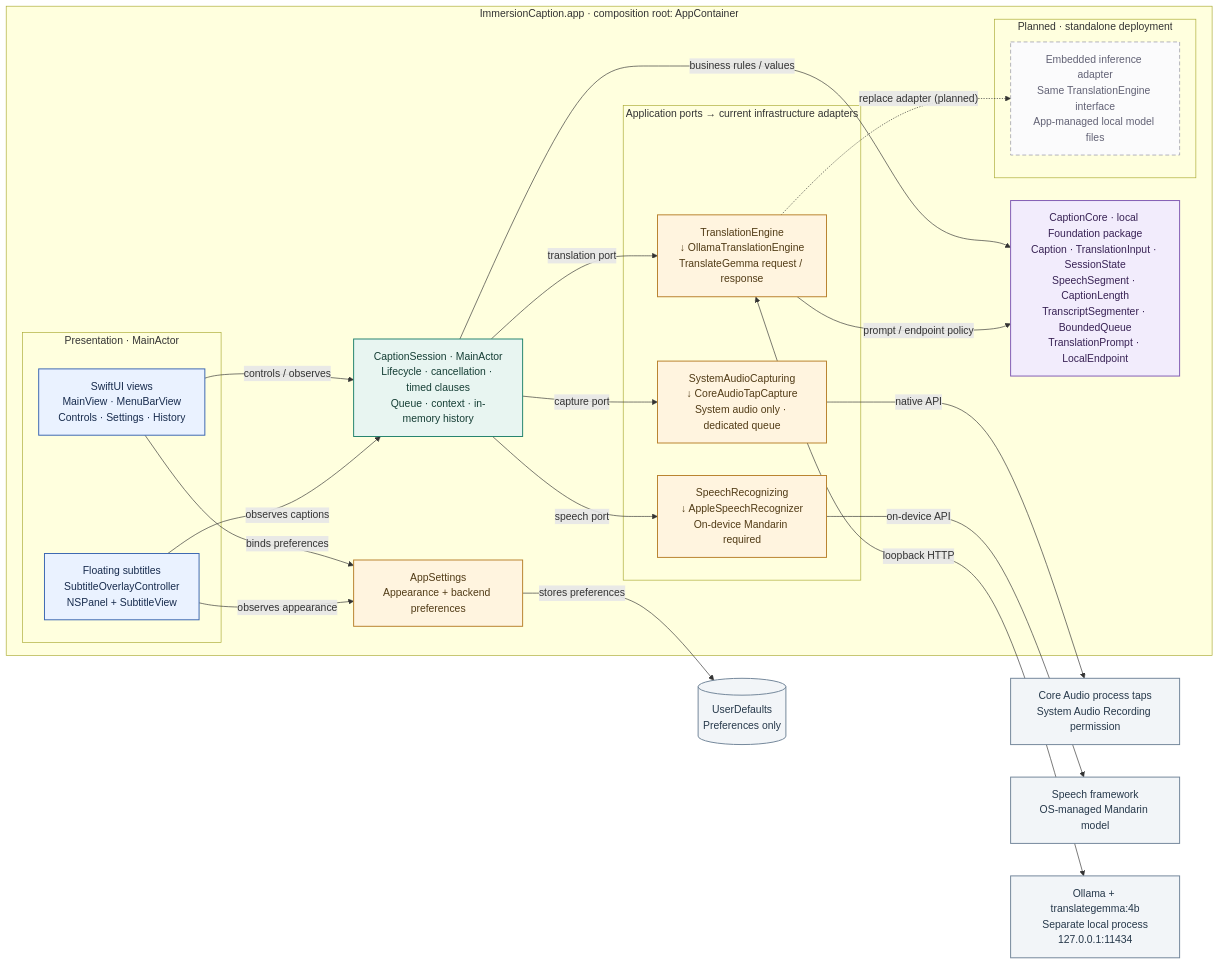
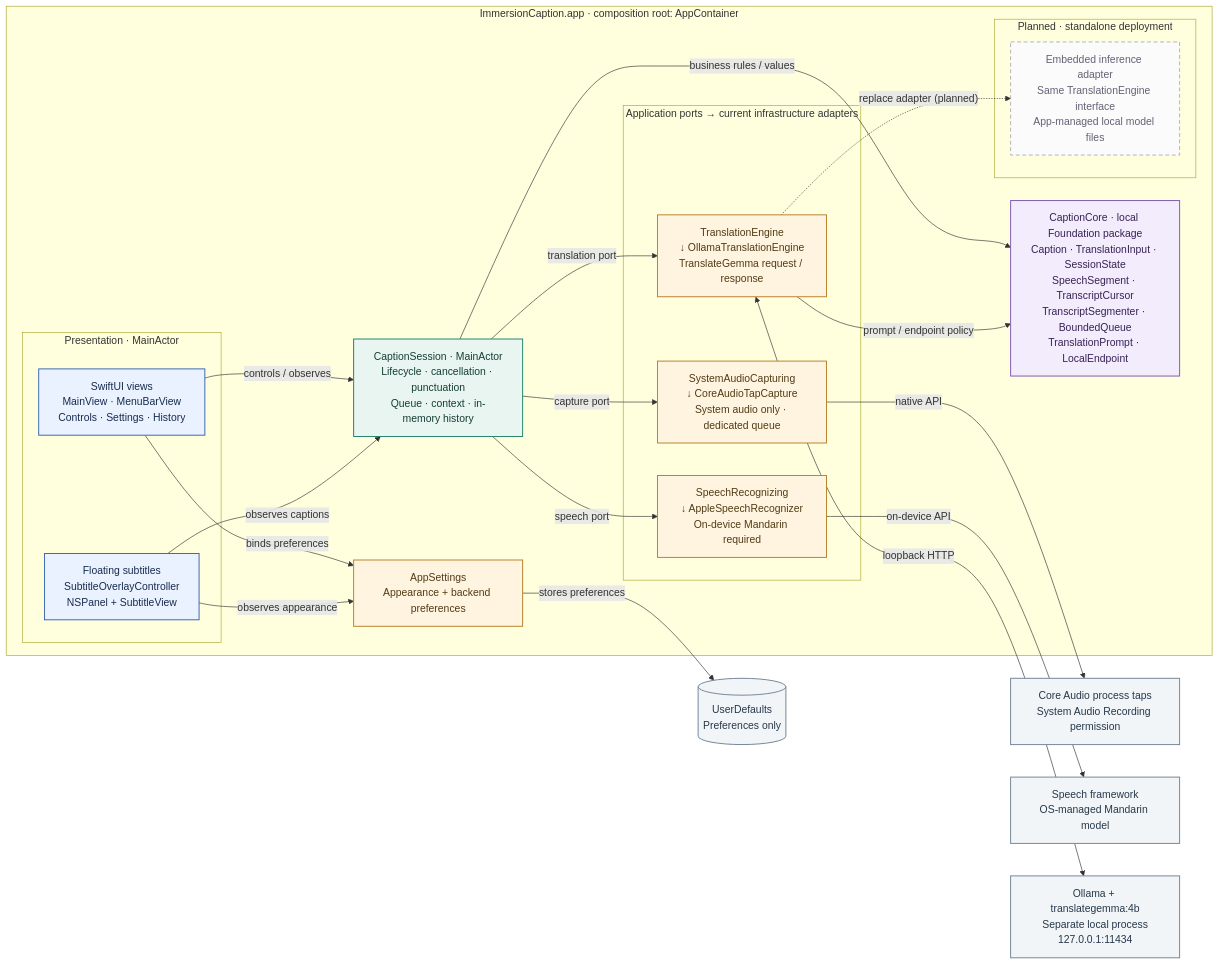
Before and after one commit to mattt-s/ImmersionCaption: the diagram in docs/diagrams/architecture.mmd, drawn with Mermaid. The commit also changed 21 other files, not shown here.

```diff
--- a/docs/diagrams/architecture.mmd
+++ b/docs/diagrams/architecture.mmd
@@ -1,57 +1,57 @@
 flowchart LR
     accTitle: ImmersionCaption component architecture
     accDescr: AppContainer assembles native presentation, a caption session, domain policies, and replaceable local providers. Current adapters connect to macOS frameworks and local Ollama. Embedded inference and direct model management are planned.
 
     subgraph App["ImmersionCaption.app · composition root: AppContainer"]
         subgraph Presentation["Presentation · MainActor"]
             Views["SwiftUI views<br/>MainView · MenuBarView<br/>Controls · Settings · History"]
             Overlay["Floating subtitles<br/>SubtitleOverlayController<br/>NSPanel + SubtitleView"]
         end
 
-        Session["CaptionSession · MainActor<br/>Lifecycle · cancellation · timed clauses<br/>Queue · context · in-memory history"]
+        Session["CaptionSession · MainActor<br/>Lifecycle · cancellation · punctuation<br/>Queue · context · in-memory history"]
         Settings["AppSettings<br/>Appearance + backend preferences"]
-        Core["CaptionCore · local Foundation package<br/>Caption · TranslationInput · SessionState<br/>SpeechSegment · CaptionLength<br/>TranscriptSegmenter · BoundedQueue<br/>TranslationPrompt · LocalEndpoint"]
+        Core["CaptionCore · local Foundation package<br/>Caption · TranslationInput · SessionState<br/>SpeechSegment · TranscriptCursor<br/>TranscriptSegmenter · BoundedQueue<br/>TranslationPrompt · LocalEndpoint"]
 
         subgraph Providers["Application ports → current infrastructure adapters"]
             Capture["SystemAudioCapturing<br/>↓ CoreAudioTapCapture<br/>System audio only · dedicated queue"]
             Speech["SpeechRecognizing<br/>↓ AppleSpeechRecognizer<br/>On-device Mandarin required"]
             Translation["TranslationEngine<br/>↓ OllamaTranslationEngine<br/>TranslateGemma request / response"]
         end
 
         subgraph Future["Planned · standalone deployment"]
             Embedded["Embedded inference adapter<br/>Same TranslationEngine interface<br/>App-managed local model files"]
         end
     end
 
     CoreAudio["Core Audio process taps<br/>System Audio Recording permission"]
     SpeechKit["Speech framework<br/>OS-managed Mandarin model"]
     Defaults[("UserDefaults<br/>Preferences only")]
     Ollama["Ollama + translategemma:4b<br/>Separate local process<br/>127.0.0.1:11434"]
 
     Views -->|"controls / observes"| Session
     Overlay -->|"observes captions"| Session
     Views -->|"binds preferences"| Settings
     Overlay -->|"observes appearance"| Settings
     Session -->|"business rules / values"| Core
     Session -->|"capture port"| Capture
     Session -->|"speech port"| Speech
     Session -->|"translation port"| Translation
     Translation -->|"prompt / endpoint policy"| Core
     Capture -->|"native API"| CoreAudio
     Speech -->|"on-device API"| SpeechKit
     Translation <-->|"loopback HTTP"| Ollama
     Settings -->|"stores preferences"| Defaults
     Translation -. "replace adapter (planned)" .-> Embedded
 
     classDef presentation fill:#eaf2ff,stroke:#3b67b1,color:#172b4d,stroke-width:1.5px
     classDef application fill:#e8f5f1,stroke:#23836d,color:#153e35,stroke-width:1.5px
     classDef domain fill:#f2ecfc,stroke:#815bb3,color:#382254,stroke-width:1.5px
     classDef adapter fill:#fff4df,stroke:#b9822d,color:#513b16,stroke-width:1.5px
     classDef service fill:#f2f5f8,stroke:#73869a,color:#26384a,stroke-width:1.5px
     classDef planned fill:#fbfbfc,stroke:#8c8c9e,color:#626275,stroke-dasharray:6 4
     class Views,Overlay presentation
     class Session application
     class Core domain
     class Capture,Speech,Translation,Settings adapter
     class CoreAudio,SpeechKit,Defaults,Ollama service
     class Embedded planned
```
